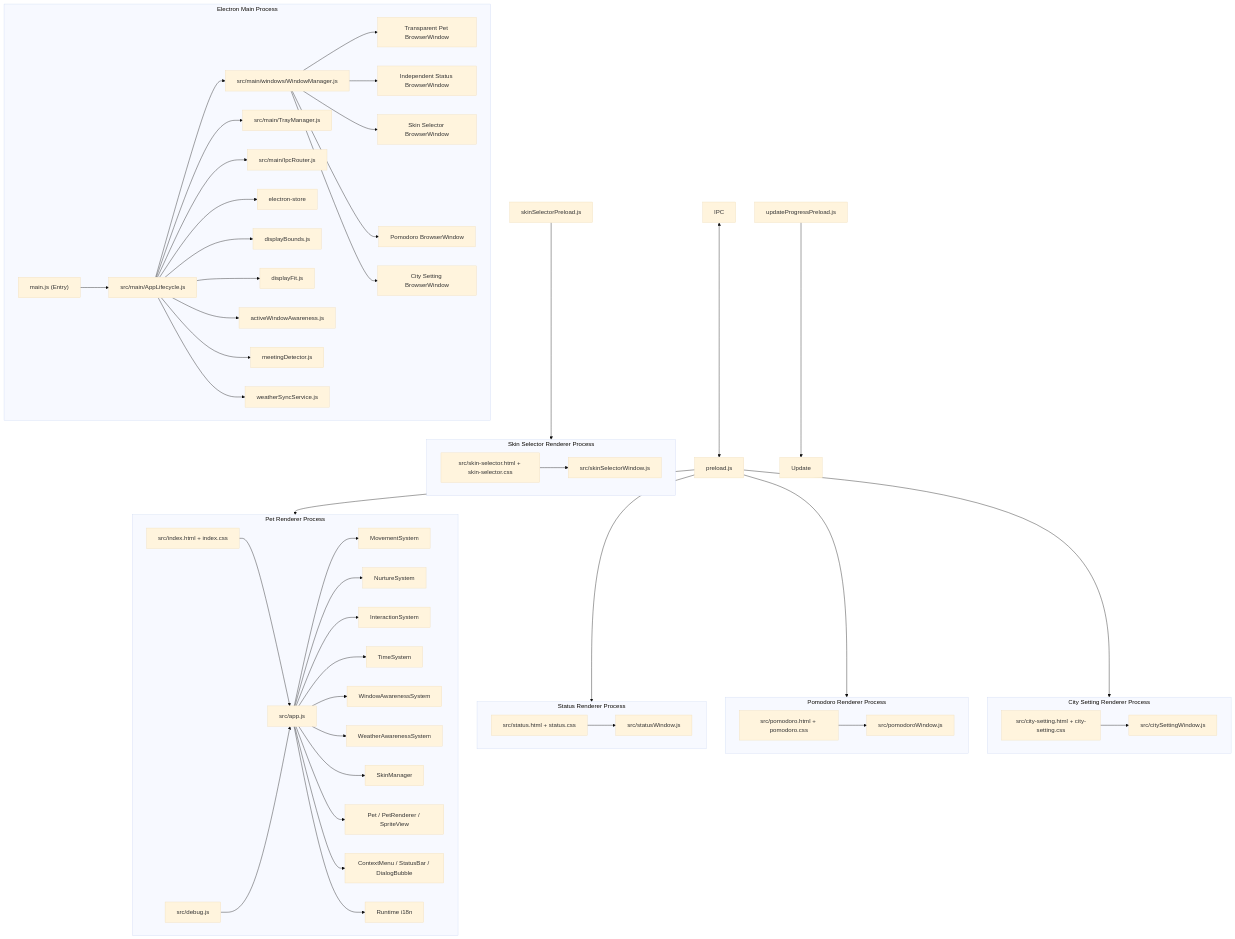
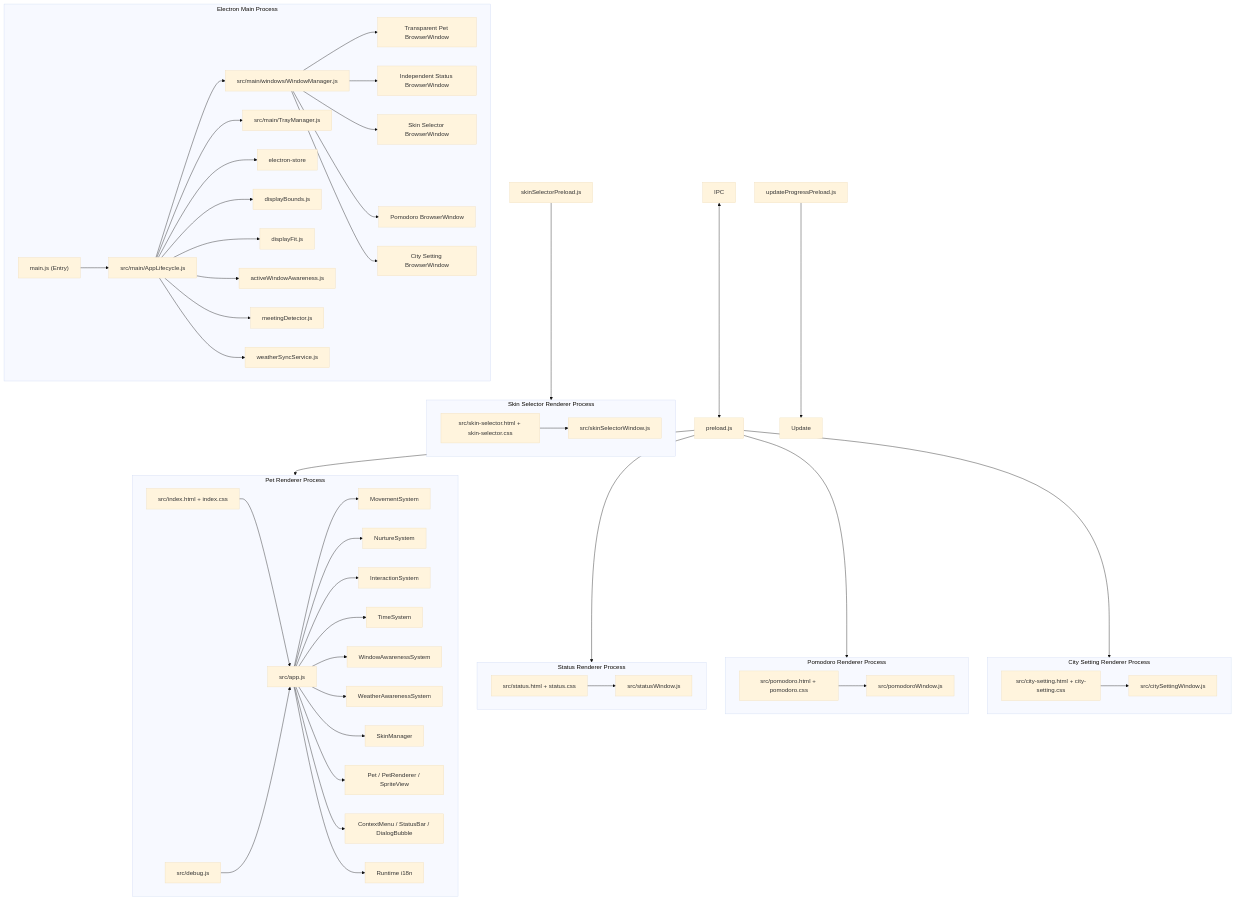
The diagram in docs/structure.md (HuihuiDreams/qijiu-desktop-pet), drawn with Mermaid (base theme) before and after one commit. The commit also changed other lines of this file and 9 other files, not shown here.

Commit message:
refactor: remove central IpcRouter, implement async error-handled IPC handlers, and update window behaviors

````diff
--- a/docs/structure.md
+++ b/docs/structure.md
@@ -11,63 +11,62 @@
 ```mermaid
 graph TB
     subgraph Main["Electron Main Process"]
         MainJs["main.js (Entry)"]
         MainJs --> AppLifecycle["src/main/AppLifecycle.js"]
         
         AppLifecycle --> WindowManager["src/main/windows/WindowManager.js"]
         AppLifecycle --> TrayManager["src/main/TrayManager.js"]
-        AppLifecycle --> IpcRouter["src/main/IpcRouter.js"]
         
         WindowManager --> PetWindow["Transparent Pet BrowserWindow"]
         WindowManager --> StatusWindow["Independent Status BrowserWindow"]
         WindowManager --> SkinSelectorWindow["Skin Selector BrowserWindow"]
         WindowManager --> PomodoroWindow["Pomodoro BrowserWindow"]
         WindowManager --> CitySettingWindow["City Setting BrowserWindow"]
         
         AppLifecycle --> Store["electron-store"]
         AppLifecycle --> Bounds["displayBounds.js"]
         AppLifecycle --> Fit["displayFit.js"]
         AppLifecycle --> ActiveWindow["activeWindowAwareness.js"]
         AppLifecycle --> MeetingDetector["meetingDetector.js"]
         AppLifecycle --> WeatherSync["weatherSyncService.js"]
     end
 
     subgraph Renderer["Pet Renderer Process"]
         Index["src/index.html + index.css"] --> App["src/app.js"]
         App --> Movement["MovementSystem"]
         App --> Nurture["NurtureSystem"]
         App --> Interaction["InteractionSystem"]
         App --> Time["TimeSystem"]
         App --> Awareness["WindowAwarenessSystem"]
         App --> WeatherAwareness["WeatherAwarenessSystem"]
         App --> Skin["SkinManager"]
         App --> Pet["Pet / PetRenderer / SpriteView"]
         App --> UI["ContextMenu / StatusBar / DialogBubble"]
         App --> I18N["Runtime i18n"]
         Debug["src/debug.js"] --> App
     end
 
     subgraph Status["Status Renderer Process"]
         StatusHtml["src/status.html + status.css"] --> StatusJs["src/statusWindow.js"]
     end
 
     subgraph SkinSelector["Skin Selector Renderer Process"]
         SkinSelectorHtml["src/skin-selector.html + skin-selector.css"] --> SkinSelectorJs["src/skinSelectorWindow.js"]
     end
 
     subgraph Pomodoro["Pomodoro Renderer Process"]
         PomodoroHtml["src/pomodoro.html + pomodoro.css"] --> PomodoroJs["src/pomodoroWindow.js"]
     end
 
     subgraph CitySetting["City Setting Renderer Process"]
         CitySettingHtml["src/city-setting.html + city-setting.css"] --> CitySettingJs["src/citySettingWindow.js"]
     end
 
     Preload["preload.js"] --> Renderer
     Preload --> Status
     Preload --> Pomodoro
     Preload --> CitySetting
     SkinSelectorPreload["skinSelectorPreload.js"] --> SkinSelector
     UpdatePreload["updateProgressPreload.js"] --> Update
     IPC <--> Preload
 ```
````
